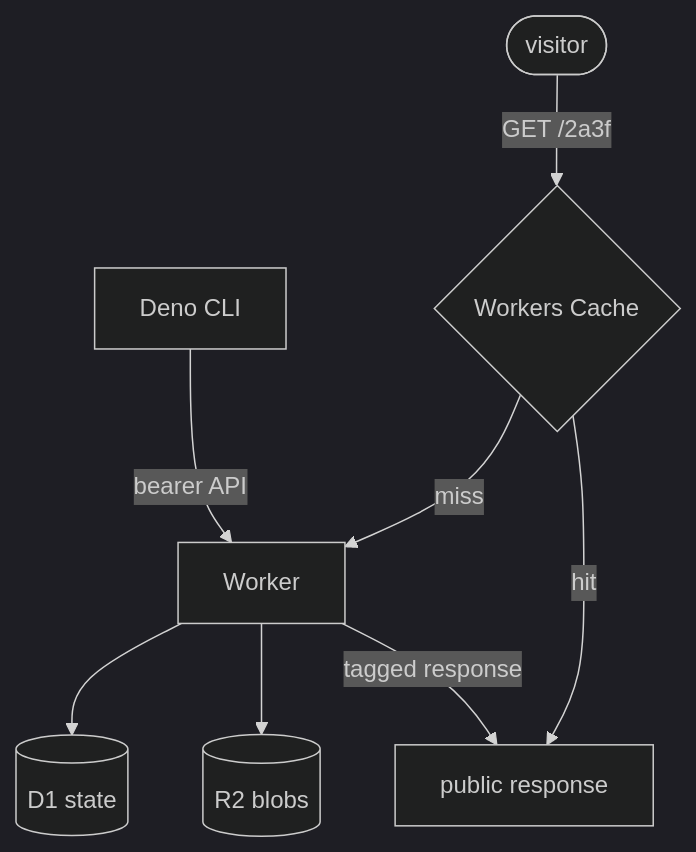
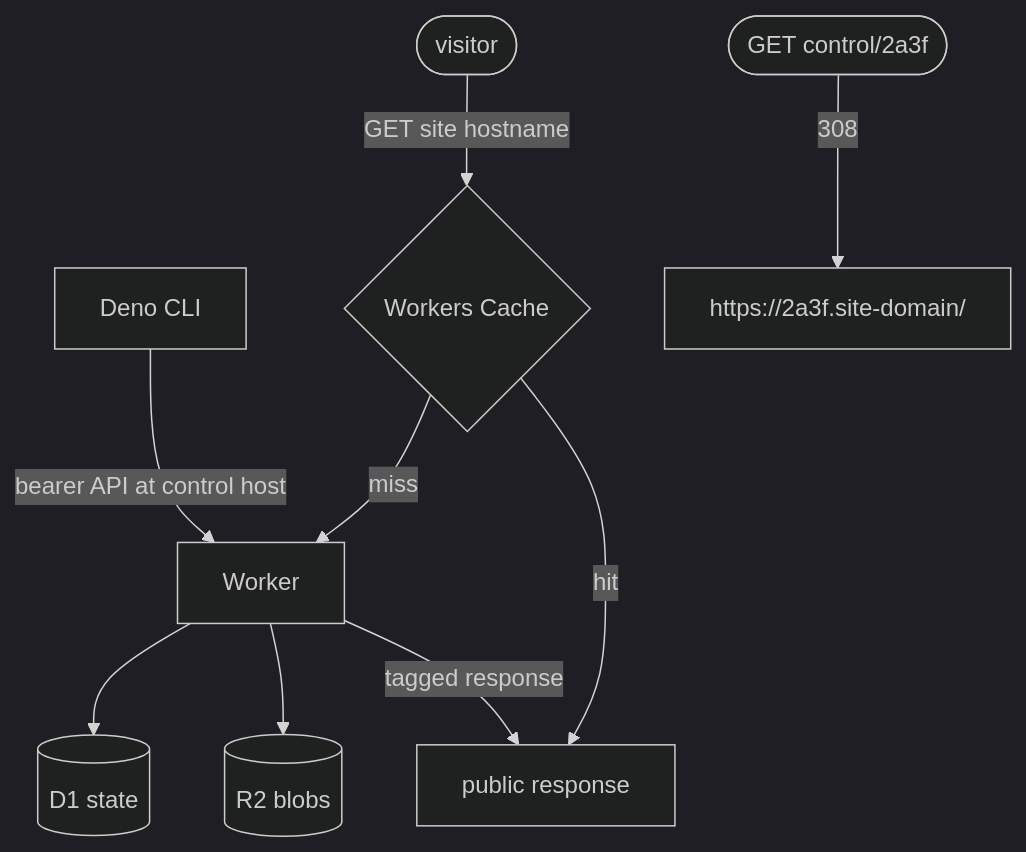
Before and after one commit to FelineStateMachine/nzip: the first of 4 diagrams in ARCHITECTURE.md, drawn with Mermaid (dark theme). The commit also changed other lines of this file and 7 other files, not shown here.

````diff
--- a/ARCHITECTURE.md
+++ b/ARCHITECTURE.md
@@ -9,10 +9,11 @@
 ```mermaid
 flowchart TB
-    CLI["Deno CLI"] -- "bearer API" --> W["Worker"]
-    V(["visitor"]) -- "GET /2a3f" --> C{"Workers Cache"}
+    CLI["Deno CLI"] -- "bearer API at control host" --> W["Worker"]
+    SHORT(["GET control/2a3f"]) -- "308" --> SITE["https://2a3f.site-domain/"]
+    V(["visitor"]) -- "GET site hostname" --> C{"Workers Cache"}
     C -- "hit" --> RESP["public response"]
     C -- "miss" --> W
     W -- "tagged response" --> RESP
     W --> R2[("R2 blobs")]
     W --> D1[("D1 state")]
 ```
````
